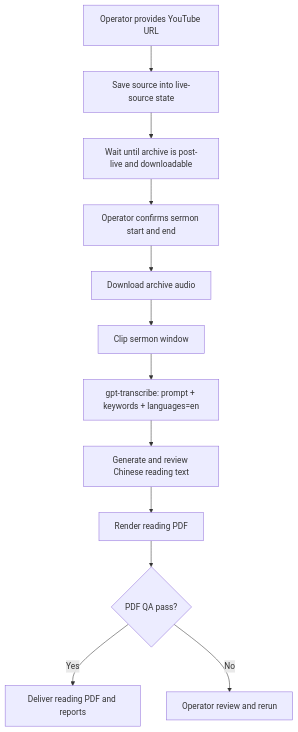
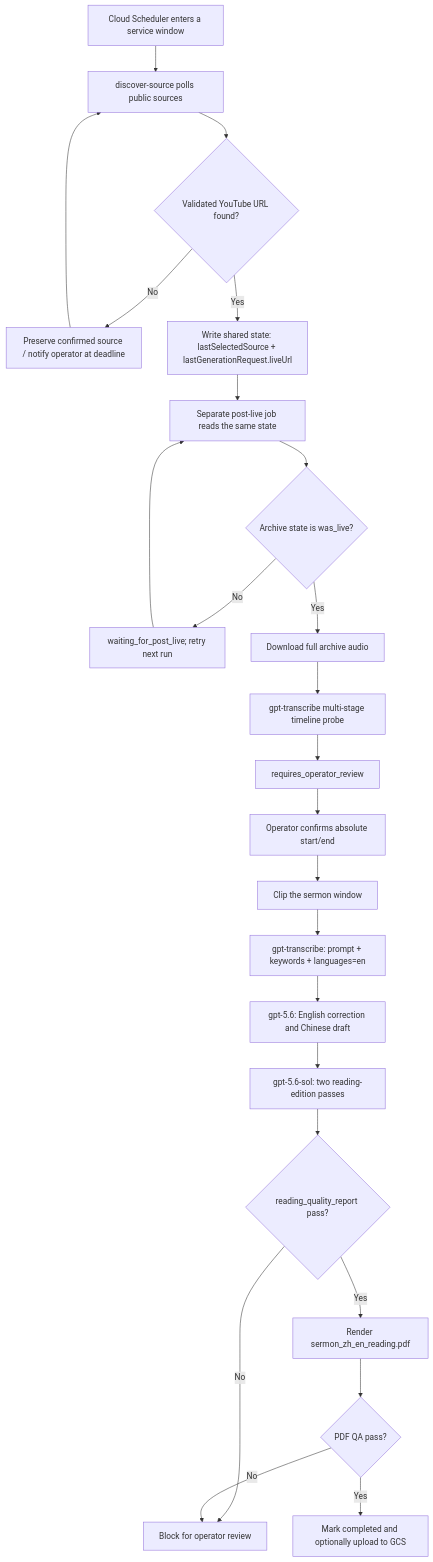
The diagram in README.md (JonathanJing/sermon-video-zh-subtitles), drawn with Mermaid before and after one commit. The commit also changed other lines of this file and 171 other files, not shown here.

````diff
--- a/README.md
+++ b/README.md
@@ -39,14 +50,26 @@
 ```mermaid
 flowchart TD
-    A[Operator provides YouTube URL] --> B[Save source into live-source state]
-    B --> C[Wait until archive is post-live and downloadable]
-    C --> D[Operator confirms sermon start and end]
-    D --> E[Download archive audio]
-    E --> F[Clip sermon window]
-    F --> G["gpt-transcribe: prompt + keywords + languages=en"]
-    G --> H[Generate and review Chinese reading text]
-    H --> I[Render reading PDF]
-    I --> J{PDF QA pass?}
-    J -- Yes --> K[Deliver reading PDF and reports]
-    J -- No --> L[Operator review and rerun]
+    A[Cloud Scheduler enters a service window] --> B[discover-source polls public sources]
+    B --> C{Validated YouTube URL found?}
+    C -- No --> D[Preserve confirmed source / notify operator at deadline]
+    C -- Yes --> E["Write shared state: lastSelectedSource + lastGenerationRequest.liveUrl"]
+    D --> B
+    E --> F[Separate post-live job reads the same state]
+    F --> G{Archive state is was_live?}
+    G -- No --> H[waiting_for_post_live; retry next run]
+    H --> F
+    G -- Yes --> I[Download full archive audio]
+    I --> J[gpt-transcribe multi-stage timeline probe]
+    J --> K[requires_operator_review]
+    K --> L[Operator confirms absolute start/end]
+    L --> M[Clip the sermon window]
+    M --> N["gpt-transcribe: prompt + keywords + languages=en"]
+    N --> O["gpt-5.6: English correction and Chinese draft"]
+    O --> P["gpt-5.6-sol: two reading-edition passes"]
+    P --> Q{reading_quality_report pass?}
+    Q -- No --> R[Block for operator review]
+    Q -- Yes --> S[Render sermon_zh_en_reading.pdf]
+    S --> T{PDF QA pass?}
+    T -- No --> R
+    T -- Yes --> U[Mark completed and optionally upload to GCS]
 ```
````
